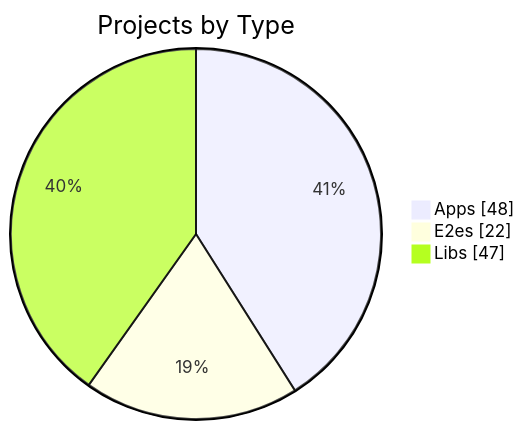
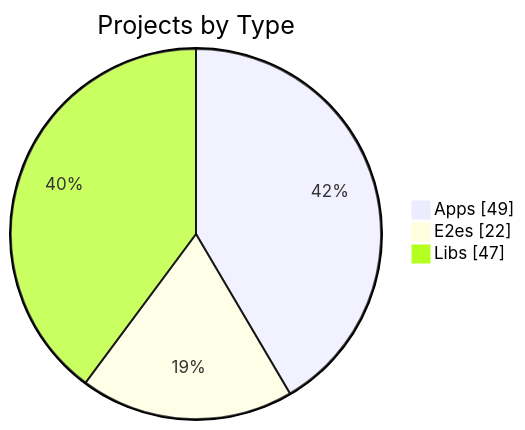
One commit to KBVE/kbve changed the first of 3 diagrams in apps/kbve/astro-kbve/src/content/docs/dashboard/graph.mdx. Above: the diagram before and after it, drawn with Mermaid. The commit also changed other lines of this file and 8 other files, not shown here.

````diff
--- a/apps/kbve/astro-kbve/src/content/docs/dashboard/graph.mdx
+++ b/apps/kbve/astro-kbve/src/content/docs/dashboard/graph.mdx
@@ -56,7 +56,7 @@
 ```mermaid
 pie showData
     title Projects by Type
-    "Apps" : 48
+    "Apps" : 49
     "E2es" : 22
     "Libs" : 47
 ```
````
